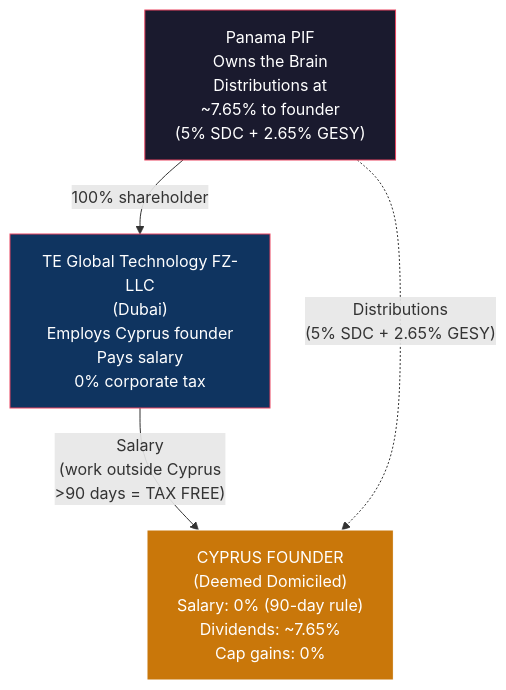
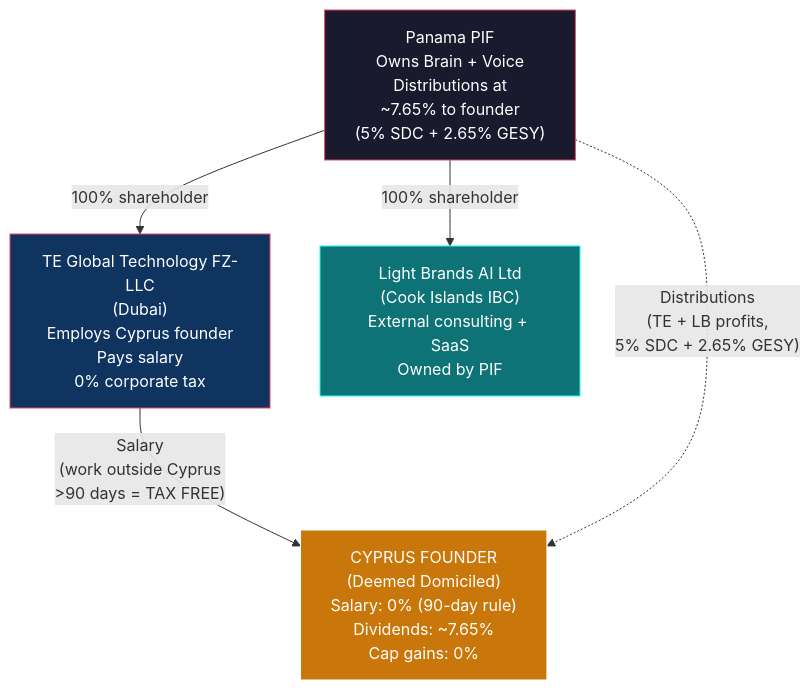
The diagram in docs/tax-structure/05-FOUNDER-GUIDE-CYPRUS.md (Light-Brands/epic-center), drawn with Mermaid before and after one commit. The commit also changed 7 other files, not shown here.

First line of the commit message:
Integrate Light Brands AI (Cook Islands IBC) into tax structure docs

````diff
--- a/docs/tax-structure/05-FOUNDER-GUIDE-CYPRUS.md
+++ b/docs/tax-structure/05-FOUNDER-GUIDE-CYPRUS.md
@@ -19,16 +19,20 @@
 ```mermaid
 graph TB
     BRAIN["TE Global Technology FZ-LLC<br/>(Dubai)<br/>Employs Cyprus founder<br/>Pays salary<br/>0% corporate tax"]
 
-    SHIELD["Panama PIF<br/>Owns the Brain<br/>Distributions at<br/>~7.65% to founder<br/>(5% SDC + 2.65% GESY)"]
+    VOICE["Light Brands AI Ltd<br/>(Cook Islands IBC)<br/>External consulting + SaaS<br/>Owned by PIF"]
+
+    SHIELD["Panama PIF<br/>Owns Brain + Voice<br/>Distributions at<br/>~7.65% to founder<br/>(5% SDC + 2.65% GESY)"]
 
     CYPRUS["CYPRUS FOUNDER<br/>(Deemed Domiciled)<br/>Salary: 0% (90-day rule)<br/>Dividends: ~7.65%<br/>Cap gains: 0%"]
 
     SHIELD -->|"100% shareholder"| BRAIN
+    SHIELD -->|"100% shareholder"| VOICE
     BRAIN -->|"Salary<br/>(work outside Cyprus<br/>>90 days = TAX FREE)"| CYPRUS
-    SHIELD -.->|"Distributions<br/>(5% SDC + 2.65% GESY)"| CYPRUS
+    SHIELD -.->|"Distributions<br/>(TE + LB profits,<br/>5% SDC + 2.65% GESY)"| CYPRUS
 
     style BRAIN fill:#0f3460,stroke:#e94560,color:#fff
+    style VOICE fill:#0d7377,stroke:#14ffec,color:#fff
     style SHIELD fill:#1a1a2e,stroke:#e94560,color:#fff
     style CYPRUS fill:#c9770a,stroke:#fff,color:#fff
 ```
````
